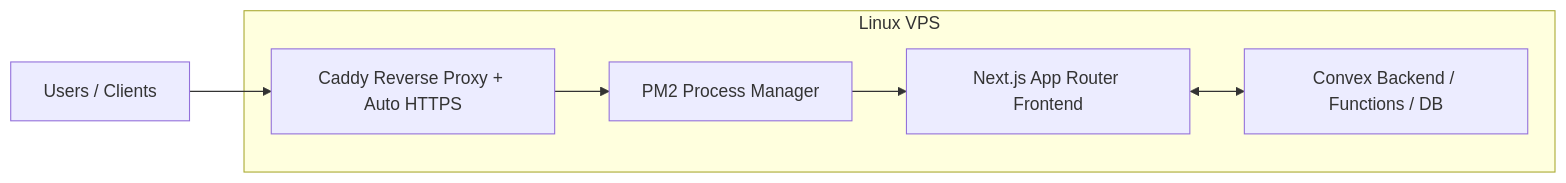
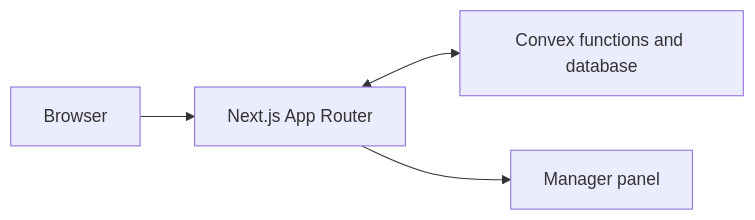
One commit to GitHubFoxy/EfimKlimat22 changed the diagram in README.md. Above: the diagram before and after it, drawn with Mermaid. The commit also changed other lines of this file, not shown here.

````diff
--- a/README.md
+++ b/README.md
@@ -29,14 +30,6 @@
 ```mermaid
 flowchart LR
-    U[Users / Clients] --> CADDY[Caddy Reverse Proxy + Auto HTTPS]
-    CADDY --> PM2[PM2 Process Manager]
-    PM2 --> NEXT[Next.js App Router Frontend]
-    NEXT <--> CONVEX[Convex Backend / Functions / DB]
-
-    subgraph Linux VPS
-      CADDY
-      PM2
-      NEXT
-      CONVEX
-    end
+    B[Browser] --> N[Next.js App Router]
+    N <--> C[Convex functions and database]
+    N --> M[Manager panel]
 ```
````
